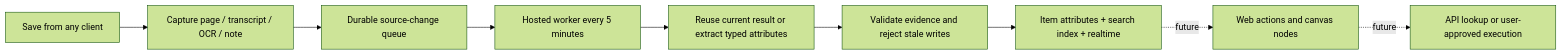
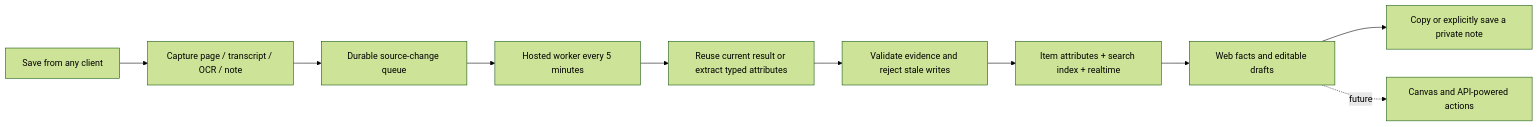
The diagram in docs/PLATFORM_API.md (wdzierson-org-1/embed-link-spark), drawn with Mermaid (forest theme) before and after one commit. The commit also changed other lines of this file and 17 other files, not shown here.

Commit message:
feat: turn enriched saves into editable private drafts (#9)

````diff
--- a/docs/PLATFORM_API.md
+++ b/docs/PLATFORM_API.md
@@ -94,11 +95,12 @@
 ```mermaid
 flowchart LR
   A[Save from any client] --> B[Capture page / transcript / OCR / note]
   B --> C[Durable source-change queue]
   C --> D[Hosted worker every 5 minutes]
   D --> E[Reuse current result or extract typed attributes]
   E --> F[Validate evidence and reject stale writes]
   F --> G[Item attributes + search index + realtime]
-  G -. future .-> H[Web actions and canvas nodes]
-  H -. future .-> I[API lookup or user-approved execution]
+  G --> H[Web facts and editable drafts]
+  H --> I[Copy or explicitly save a private note]
+  H -. future .-> J[Canvas and API-powered actions]
 ```
````
